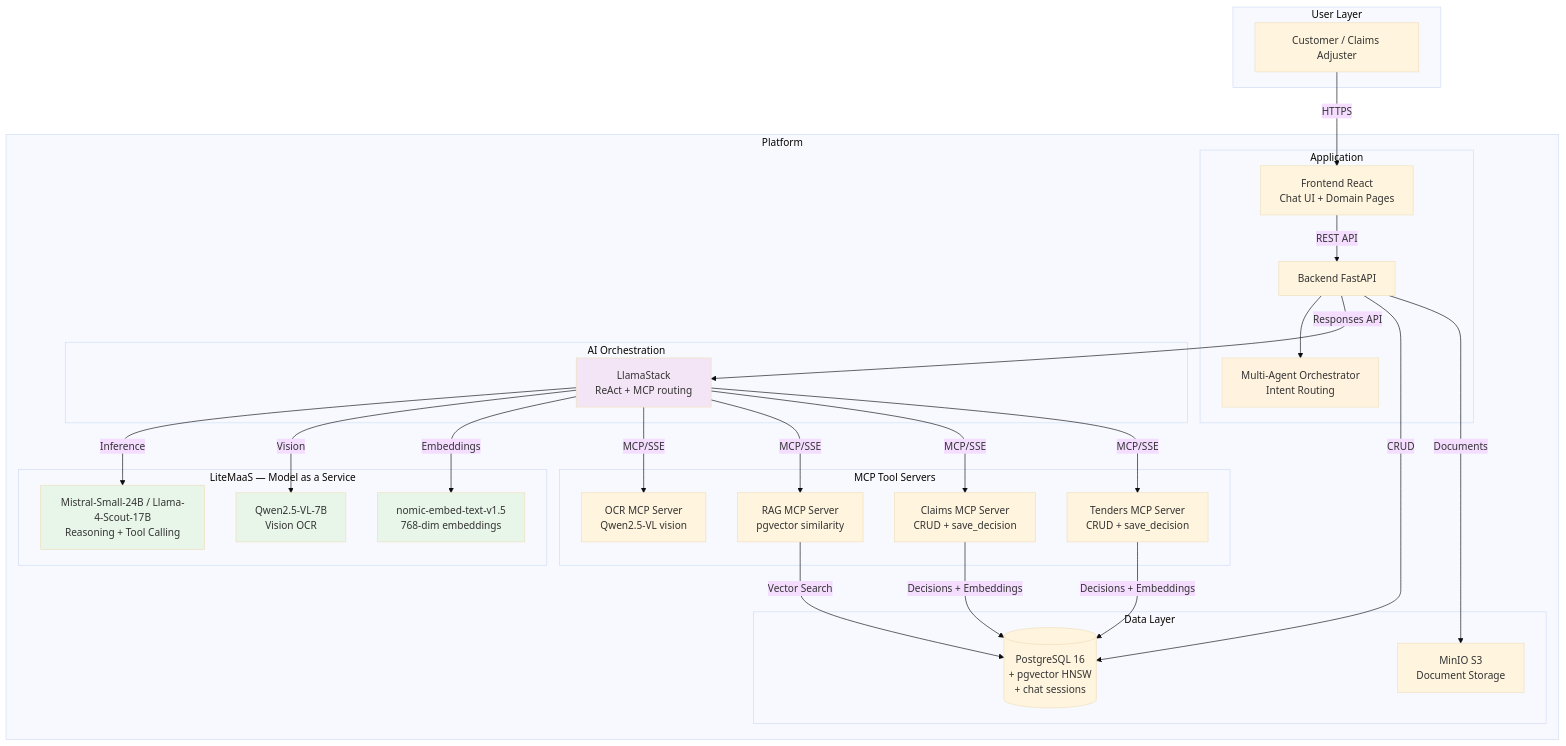
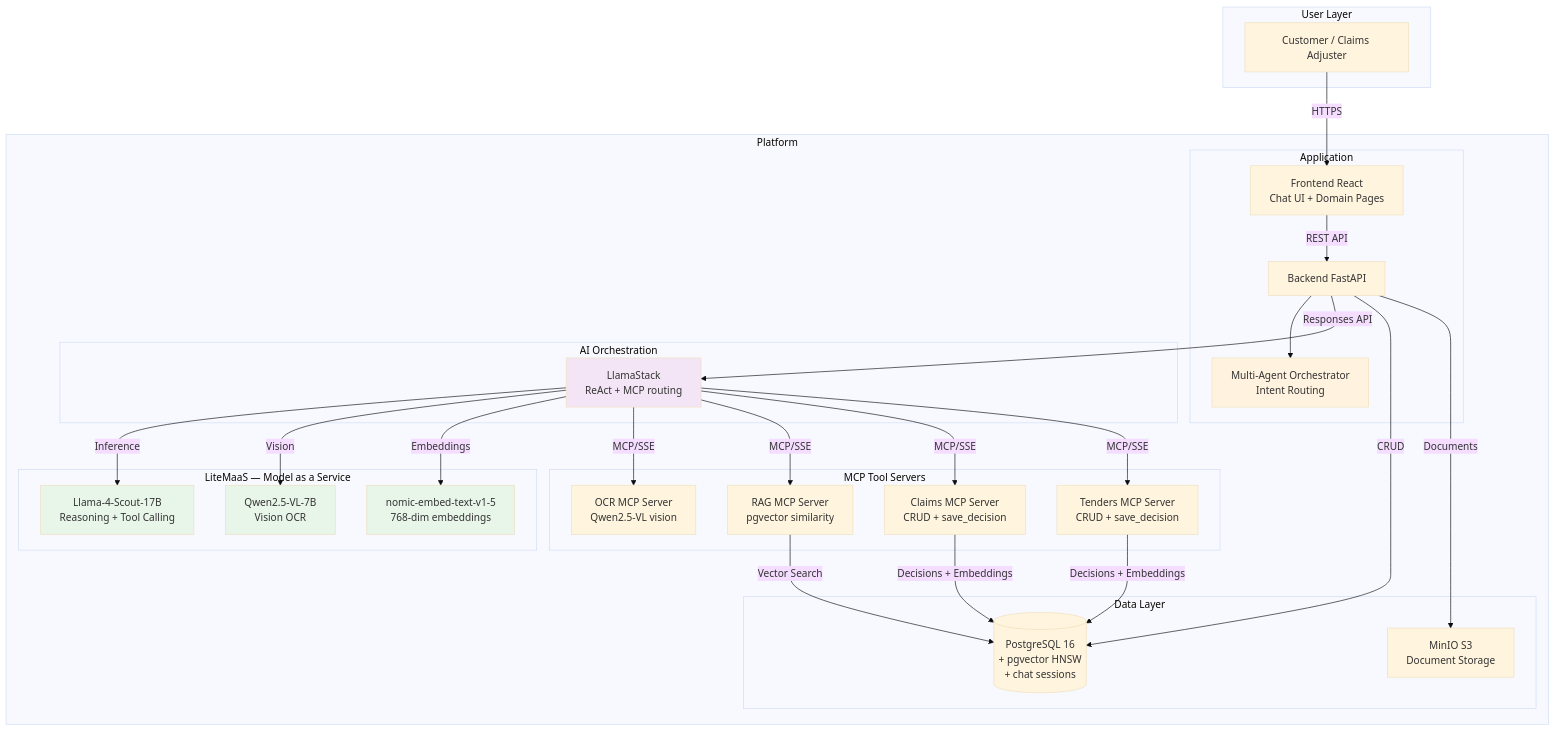
The diagram in README.md (mouachan/multi-agents), drawn with Mermaid (base theme) before and after one commit. The commit also changed other lines of this file, not shown here.

````diff
--- a/README.md
+++ b/README.md
@@ -136,59 +136,59 @@
 ```mermaid
 graph TB
     subgraph "User Layer"
         U["Customer / Claims Adjuster"]
     end
 
     subgraph "Platform"
         subgraph "Application"
             F["Frontend React<br/>Chat UI + Domain Pages"]
             B["Backend FastAPI"]
             ORCH["Multi-Agent Orchestrator<br/>Intent Routing"]
         end
 
         subgraph "AI Orchestration"
             LS["LlamaStack<br/>ReAct + MCP routing"]
         end
 
         subgraph "LiteMaaS — Model as a Service"
-            LLM["Mistral-Small-24B / Llama-4-Scout-17B<br/>Reasoning + Tool Calling"]
+            LLM["Llama-4-Scout-17B<br/>Reasoning + Tool Calling"]
             VIS["Qwen2.5-VL-7B<br/>Vision OCR"]
-            EMB["nomic-embed-text-v1.5<br/>768-dim embeddings"]
+            EMB["nomic-embed-text-v1-5<br/>768-dim embeddings"]
         end
 
         subgraph "MCP Tool Servers"
             OCR["OCR MCP Server<br/>Qwen2.5-VL vision"]
             RAG["RAG MCP Server<br/>pgvector similarity"]
             CLAIMS_MCP["Claims MCP Server<br/>CRUD + save_decision"]
             TENDERS_MCP["Tenders MCP Server<br/>CRUD + save_decision"]
         end
 
         subgraph "Data Layer"
             DB[("PostgreSQL 16<br/>+ pgvector HNSW<br/>+ chat sessions")]
             S3["MinIO S3<br/>Document Storage"]
         end
     end
 
     U -->|HTTPS| F
     F -->|REST API| B
     B --> ORCH
     B -->|Responses API| LS
     LS -->|Inference| LLM
     LS -->|Vision| VIS
     LS -->|Embeddings| EMB
     LS -->|MCP/SSE| OCR
     LS -->|MCP/SSE| RAG
     LS -->|MCP/SSE| CLAIMS_MCP
     LS -->|MCP/SSE| TENDERS_MCP
     RAG -->|Vector Search| DB
     B -->|CRUD| DB
     B -->|Documents| S3
     CLAIMS_MCP -->|Decisions + Embeddings| DB
     TENDERS_MCP -->|Decisions + Embeddings| DB
 
     style LS fill:#f3e5f5
     style LLM fill:#e8f5e9
     style VIS fill:#e8f5e9
     style EMB fill:#e8f5e9
     style ORCH fill:#fff3e0
 ```
````
